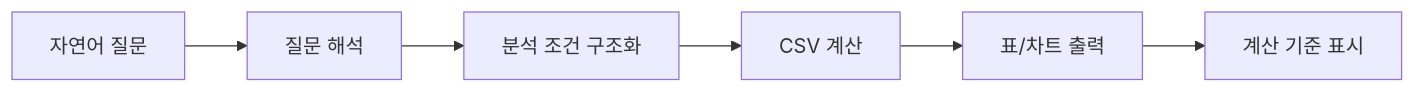
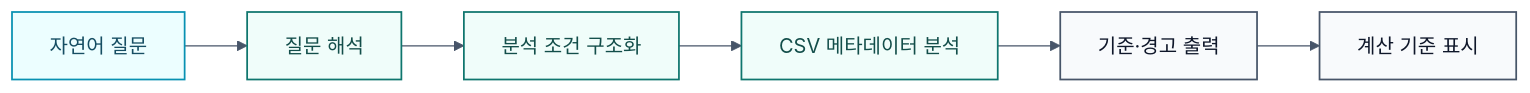
Before and after one commit to 26-ewha-capstone-logue/logue: the second of 5 diagrams in docs/elevator_speech.md, drawn with Mermaid. The commit also changed other lines of this file, not shown here.

````diff
--- a/docs/elevator_speech.md
+++ b/docs/elevator_speech.md
@@ -88,8 +94,16 @@
 ```mermaid
+%%{init: {"theme": "base", "themeVariables": {"fontFamily": "Pretendard, Inter, sans-serif", "primaryColor": "#F8FAFC", "primaryBorderColor": "#0F766E", "lineColor": "#475569", "textColor": "#0F172A"}}}%%
 flowchart LR
-    A[자연어 질문] --> B[질문 해석]
-    B --> C[분석 조건 구조화]
-    C --> D[CSV 계산]
-    D --> E[표/차트 출력]
-    E --> F[계산 기준 표시]
+    Q[자연어 질문] --> P[질문 해석]
+    P --> S[분석 조건 구조화]
+    S --> C[CSV 메타데이터 분석]
+    C --> R[기준·경고 출력]
+    R --> E[계산 기준 표시]
+
+    classDef input fill:#ECFEFF,stroke:#0891B2,color:#164E63,stroke-width:1.4px;
+    classDef logic fill:#F0FDFA,stroke:#0F766E,color:#134E4A,stroke-width:1.4px;
+    classDef output fill:#F8FAFC,stroke:#475569,color:#0F172A,stroke-width:1.4px;
+    class Q input;
+    class P,S,C logic;
+    class R,E output;
 ```
````
